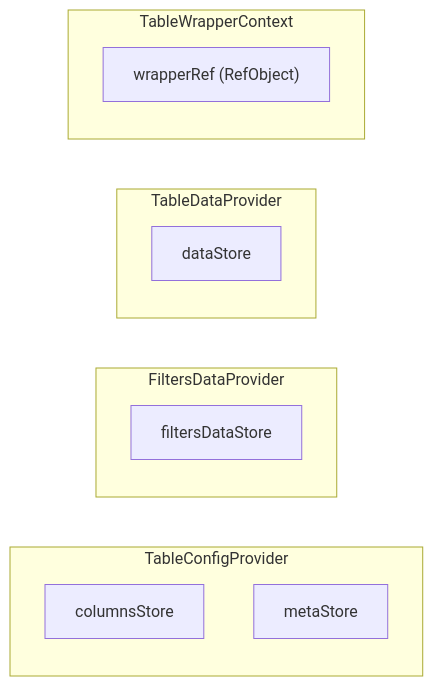
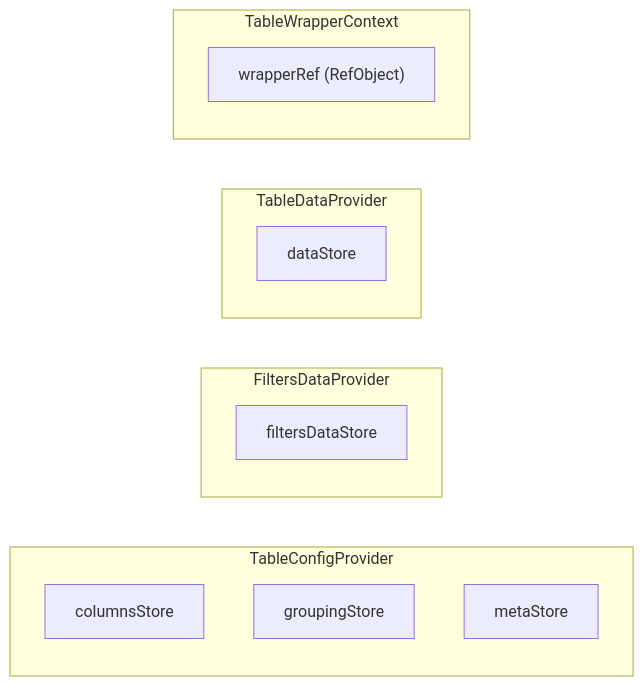
Before and after one commit to luciocabrera/lcabrera-stack: the second of 3 diagrams in packages/ui/src/components/Table/contexts/ARCHITECTURE.md, drawn with Mermaid. The commit also changed other lines of this file and 105 other files, not shown here.

````diff
--- a/packages/ui/src/components/Table/contexts/ARCHITECTURE.md
+++ b/packages/ui/src/components/Table/contexts/ARCHITECTURE.md
@@ -60,19 +63,20 @@
 ```mermaid
 graph LR
   subgraph TableConfigProvider
     CS["columnsStore"]
+    GS["groupingStore"]
     MS["metaStore"]
   end
 
   subgraph FiltersDataProvider
     FS["filtersDataStore"]
   end
 
   subgraph TableDataProvider
     DS["dataStore"]
   end
 
   subgraph TableWrapperContext
     WR["wrapperRef (RefObject)"]
   end
 ```
````
